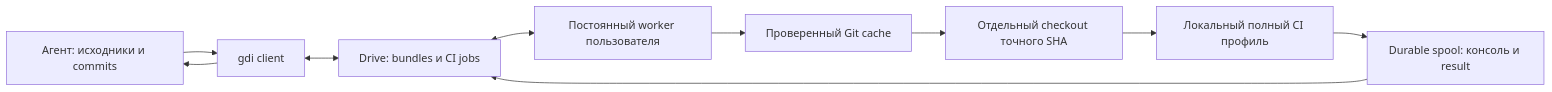
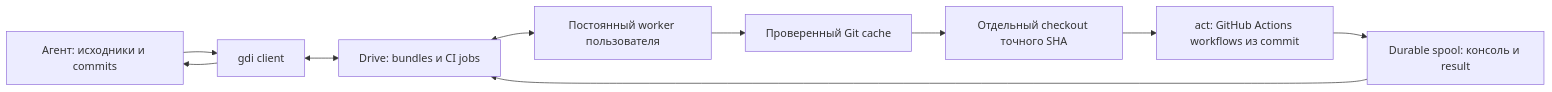
The diagram in ARCHITECTURE.md (dreamworkerln/gdi), drawn with Mermaid before and after one commit. The commit also changed other lines of this file and 30 other files, not shown here.

````diff
--- a/ARCHITECTURE.md
+++ b/ARCHITECTURE.md
@@ -10,12 +10,12 @@
 ```mermaid
 flowchart LR
     A[Агент: исходники и commits] --> C[gdi client]
     C <--> D[Drive: bundles и CI jobs]
     D <--> W[Постоянный worker пользователя]
     W --> K[Проверенный Git cache]
     K --> X[Отдельный checkout точного SHA]
-    X --> P[Локальный полный CI профиль]
+    X --> P[act: GitHub Actions workflows из commit]
     P --> S[Durable spool: консоль и result]
     S --> D
     C --> A
 ```
````
